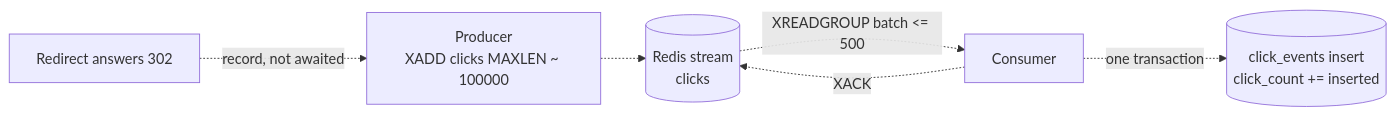
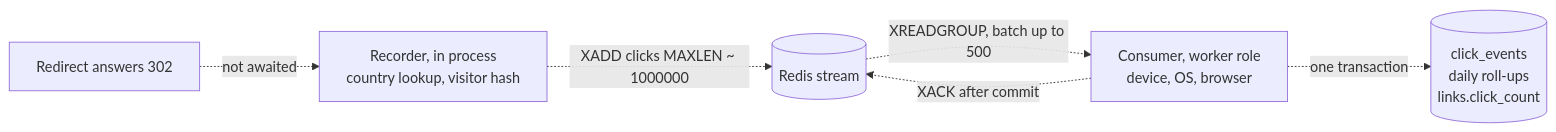
The third of 4 diagrams in docs/PRD.md (3376016376joshua-oss/url-shortener), drawn with Mermaid before and after one commit. The commit also changed other lines of this file and 157 other files, not shown here.

````diff
--- a/docs/PRD.md
+++ b/docs/PRD.md
@@ -466,8 +383,8 @@
 ```mermaid
 flowchart LR
-  r[Redirect answers 302] -.->|record, not awaited| p[Producer<br/>XADD clicks MAXLEN ~ 100000]
-  p -.-> s[(Redis stream<br/>clicks)]
-  s -.->|XREADGROUP batch <= 500| c[Consumer]
-  c -.->|one transaction| db[(click_events insert<br/>click_count += inserted)]
-  c -.->|XACK| s
+  r[Redirect answers 302] -.->|not awaited| p[Recorder, in process<br/>country lookup, visitor hash]
+  p -.->|XADD clicks MAXLEN ~ 1000000| s[(Redis stream)]
+  s -.->|XREADGROUP, batch up to 500| c[Consumer, worker role<br/>device, OS, browser]
+  c -.->|one transaction| db[(click_events<br/>daily roll-ups<br/>links.click_count)]
+  c -.->|XACK after commit| s
 ```
````
